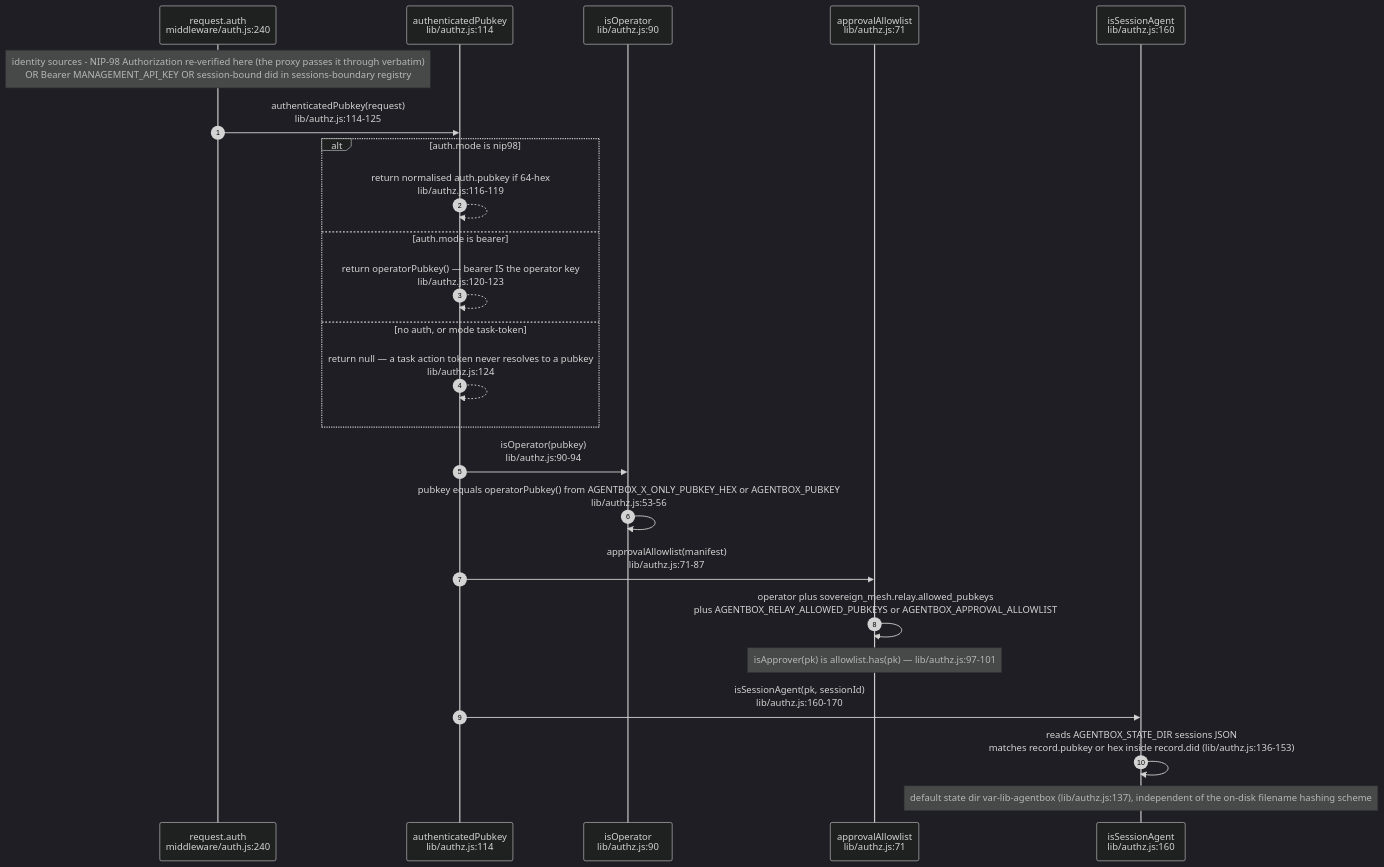
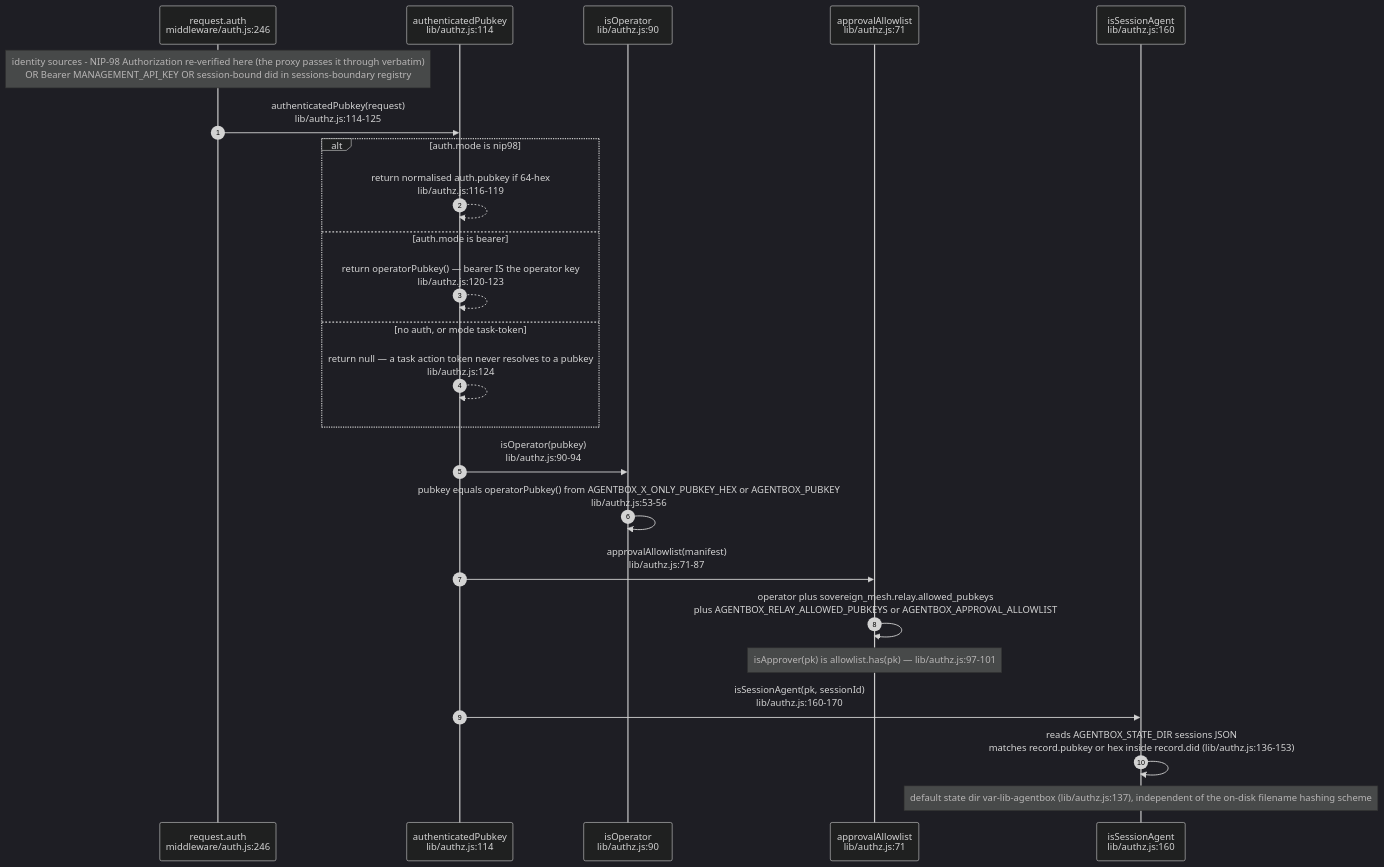
One commit to DreamLab-AI/VisionFlow changed the fourth of 19 diagrams in docs/diagrams/agentbox/03-management-api-request-lifecycle.md. Above: the diagram before and after it, drawn with Mermaid (dark theme). The commit also changed other lines of this file and 18 other files, not shown here.

First line of the commit message:
docs(diagrams): freeze panels for fixed defects and add successors at the fix revisions

````diff
--- a/docs/diagrams/agentbox/03-management-api-request-lifecycle.md
+++ b/docs/diagrams/agentbox/03-management-api-request-lifecycle.md
@@ -224,27 +228,27 @@
 ```mermaid
 sequenceDiagram
     autonumber
-    participant Req as request.auth<br/>middleware/auth.js:240
+    participant Req as request.auth<br/>middleware/auth.js:246
     participant AP as authenticatedPubkey<br/>lib/authz.js:114
     participant OP as isOperator<br/>lib/authz.js:90
     participant AL as approvalAllowlist<br/>lib/authz.js:71
     participant SA as isSessionAgent<br/>lib/authz.js:160
 
     Note over Req: identity sources - NIP-98 Authorization re-verified here (the proxy passes it through verbatim)<br/>OR Bearer MANAGEMENT_API_KEY OR session-bound did in sessions-boundary registry
     Req->>AP: authenticatedPubkey(request)<br/>lib/authz.js:114-125
     alt auth.mode is nip98
         AP-->>AP: return normalised auth.pubkey if 64-hex<br/>lib/authz.js:116-119
     else auth.mode is bearer
         AP-->>AP: return operatorPubkey() — bearer IS the operator key<br/>lib/authz.js:120-123
     else no auth, or mode task-token
         AP-->>AP: return null — a task action token never resolves to a pubkey<br/>lib/authz.js:124
     end
     AP->>OP: isOperator(pubkey)<br/>lib/authz.js:90-94
     OP->>OP: pubkey equals operatorPubkey() from AGENTBOX_X_ONLY_PUBKEY_HEX or AGENTBOX_PUBKEY<br/>lib/authz.js:53-56
     AP->>AL: approvalAllowlist(manifest)<br/>lib/authz.js:71-87
     AL->>AL: operator plus sovereign_mesh.relay.allowed_pubkeys<br/>plus AGENTBOX_RELAY_ALLOWED_PUBKEYS or AGENTBOX_APPROVAL_ALLOWLIST
     Note over AL: isApprover(pk) is allowlist.has(pk) — lib/authz.js:97-101
     AP->>SA: isSessionAgent(pk, sessionId)<br/>lib/authz.js:160-170
     SA->>SA: reads AGENTBOX_STATE_DIR sessions JSON<br/>matches record.pubkey or hex inside record.did (lib/authz.js:136-153)
     Note over SA: default state dir var-lib-agentbox (lib/authz.js:137), independent of the on-disk filename hashing scheme
 ```
````
